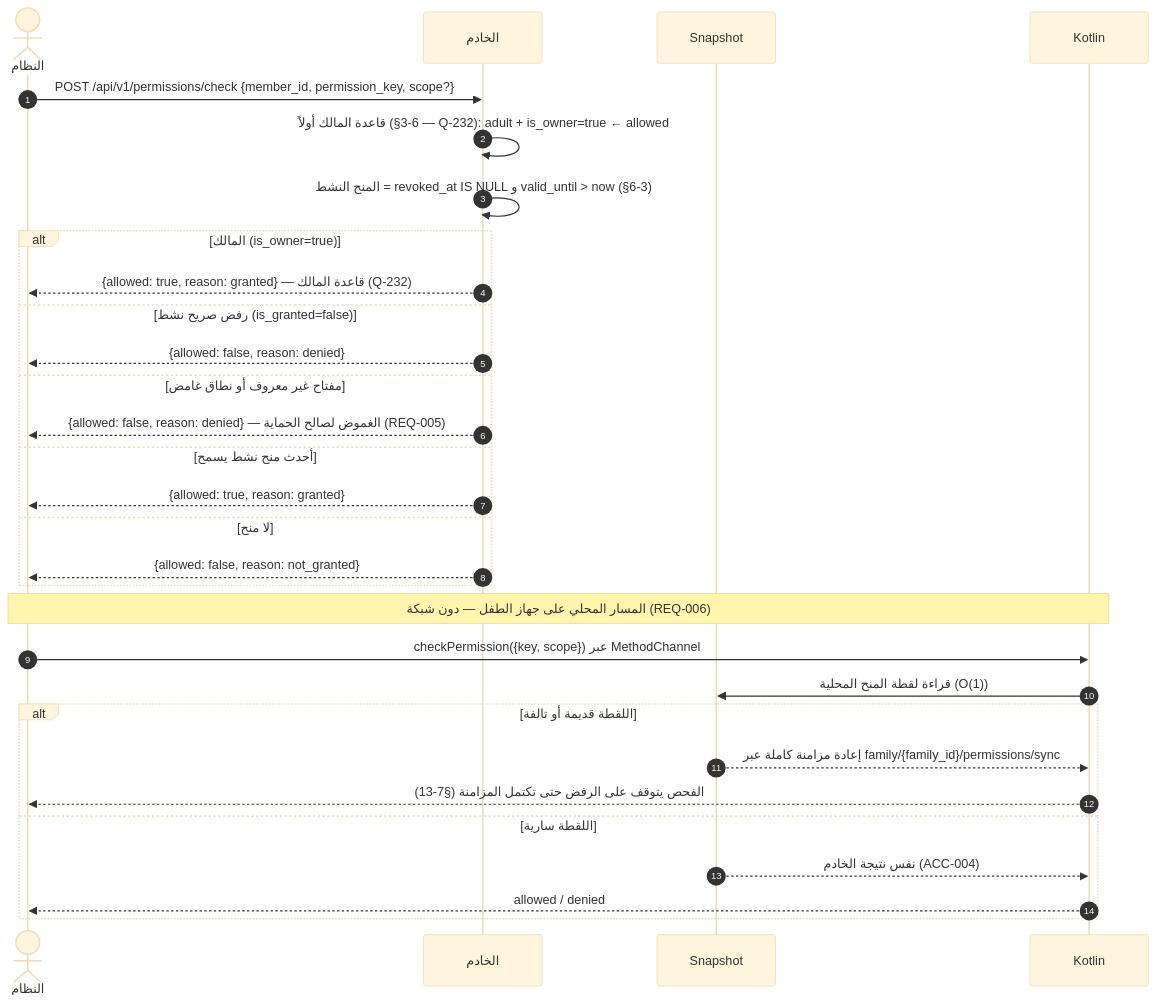
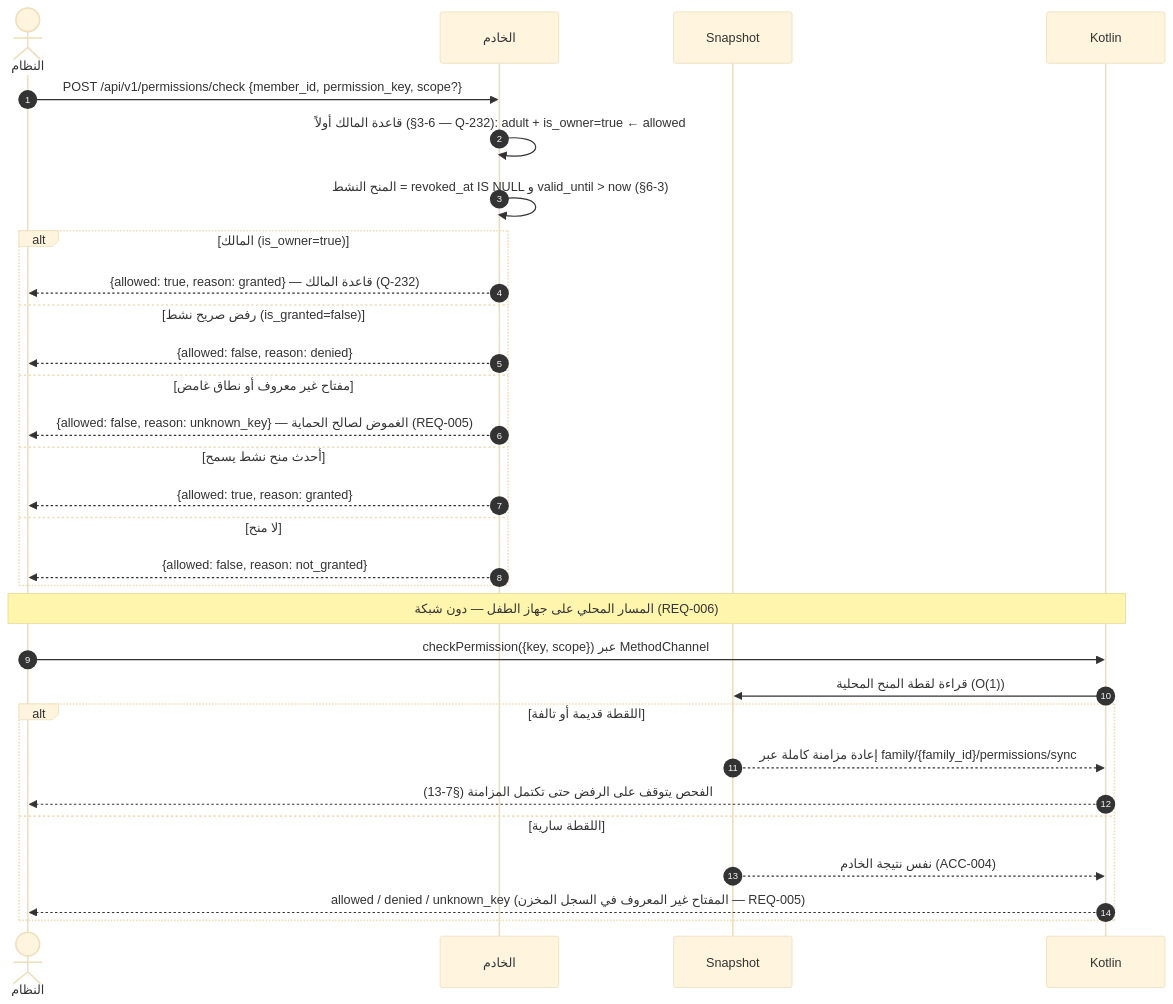
One commit to Bassam-mohammed-alqaeadi/family-os-v2 changed the fifth of 14 diagrams in docs/family-os/governance/phases/phase-1/S1-03-family-roles-and-permissions/DIAGRAMS.md. Above: the diagram before and after it, drawn with Mermaid (base theme). The commit also changed other lines of this file and 1 other file, not shown here.

````diff
--- a/docs/family-os/governance/phases/phase-1/S1-03-family-roles-and-permissions/DIAGRAMS.md
+++ b/docs/family-os/governance/phases/phase-1/S1-03-family-roles-and-permissions/DIAGRAMS.md
@@ -241,32 +256,32 @@
 ```mermaid
 sequenceDiagram
     autonumber
     actor System as النظام
     participant Ktor as الخادم
     participant اللقطة as Snapshot
     participant K as Kotlin
     System->>Ktor: POST /api/v1/permissions/check {member_id, permission_key, scope?}
     Ktor->>Ktor: قاعدة المالك أولاً (§6-3 — Q-232): adult + is_owner=true ← allowed
     Ktor->>Ktor: المنح النشط = revoked_at IS NULL و valid_until > now (§6-3)
     alt المالك (is_owner=true)
         Ktor-->>System: {allowed: true, reason: granted} — قاعدة المالك (Q-232)
     else رفض صريح نشط (is_granted=false)
         Ktor-->>System: {allowed: false, reason: denied}
     else مفتاح غير معروف أو نطاق غامض
-        Ktor-->>System: {allowed: false, reason: denied} — الغموض لصالح الحماية (REQ-005)
+        Ktor-->>System: {allowed: false, reason: unknown_key} — الغموض لصالح الحماية (REQ-005)
     else أحدث منح نشط يسمح
         Ktor-->>System: {allowed: true, reason: granted}
     else لا منح
         Ktor-->>System: {allowed: false, reason: not_granted}
     end
     Note over System,K: المسار المحلي على جهاز الطفل — دون شبكة (REQ-006)
     System->>K: checkPermission({key, scope}) عبر MethodChannel
     K->>اللقطة: قراءة لقطة المنح المحلية (O(1))
     alt اللقطة قديمة أو تالفة
         اللقطة-->>K: إعادة مزامنة كاملة عبر family/{family_id}/permissions/sync
         K-->>System: الفحص يتوقف على الرفض حتى تكتمل المزامنة (§7-13)
     else اللقطة سارية
         اللقطة-->>K: نفس نتيجة الخادم (ACC-004)
-        K-->>System: allowed / denied
+        K-->>System: allowed / denied / unknown_key (المفتاح غير المعروف في السجل المخزن — REQ-005)
     end
 ```
````
